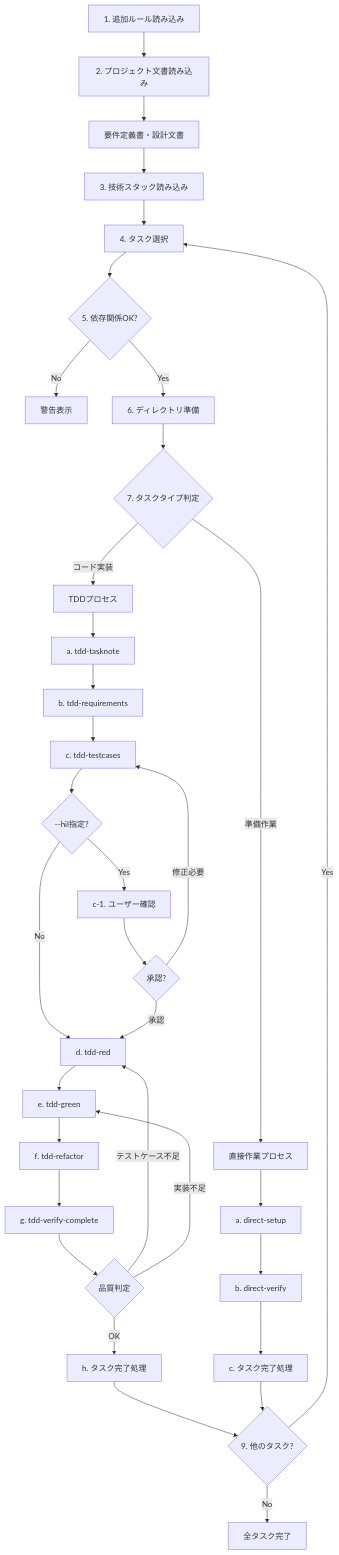
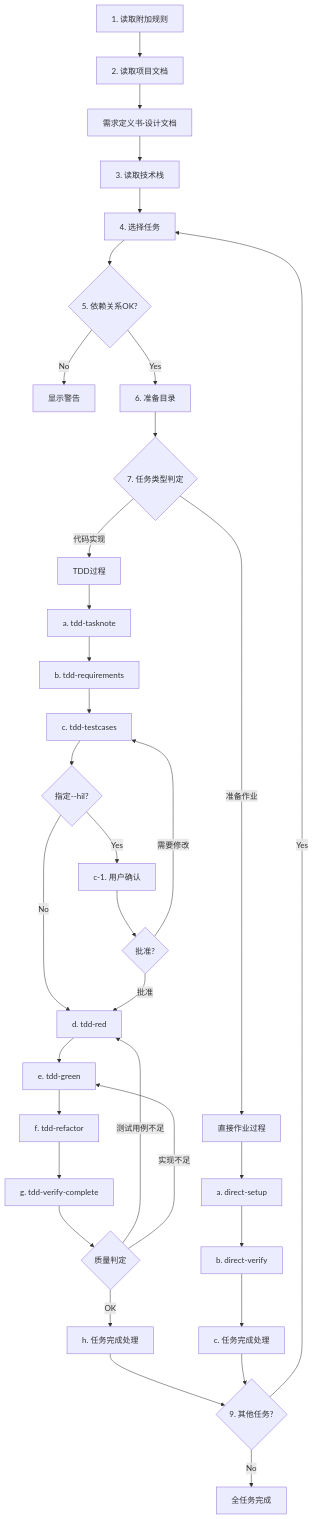
One commit to tetrisKun/tsumiki-cn changed the diagram in commands/kairo-implement.md. Above: the diagram before and after it, drawn with Mermaid. The commit also changed other lines of this file and 4 other files, not shown here.

````diff
--- a/commands/kairo-implement.md
+++ b/commands/kairo-implement.md
@@ -207,41 +207,41 @@
 ```mermaid
 flowchart TD
-    A[1. 追加ルール読み込み] --> A1[2. プロジェクト文書読み込み]
-    A1 --> A2[要件定義書・設計文書]
-    A2 --> B[3. 技術スタック読み込み]
-    B --> C[4. タスク選択]
-    C --> D{5. 依存関係OK?}
-    D -->|No| E[警告表示]
-    D -->|Yes| F[6. ディレクトリ準備]
-    F --> G{7. タスクタイプ判定}
+    A[1. 读取附加规则] --> A1[2. 读取项目文档]
+    A1 --> A2[需求定义书·设计文档]
+    A2 --> B[3. 读取技术栈]
+    B --> C[4. 选择任务]
+    C --> D{5. 依赖关系OK?}
+    D -->|No| E[显示警告]
+    D -->|Yes| F[6. 准备目录]
+    F --> G{7. 任务类型判定}
 
-    G -->|コード実装| H[TDDプロセス]
-    G -->|準備作業| M[直接作業プロセス]
+    G -->|代码实现| H[TDD过程]
+    G -->|准备作业| M[直接作业过程]
 
     H --> H0[a. tdd-tasknote]
     H0 --> H1[b. tdd-requirements]
     H1 --> H2[c. tdd-testcases]
-    H2 --> H2_1{--hil指定?}
-    H2_1 -->|Yes| H2_2[c-1. ユーザー確認]
+    H2 --> H2_1{指定--hil?}
+    H2_1 -->|Yes| H2_2[c-1. 用户确认]
     H2_1 -->|No| H3[d. tdd-red]
-    H2_2 --> H2_3{承認?}
-    H2_3 -->|修正必要| H2[c. tdd-testcases]
-    H2_3 -->|承認| H3
+    H2_2 --> H2_3{批准?}
+    H2_3 -->|需要修改| H2[c. tdd-testcases]
+    H2_3 -->|批准| H3
     H3 --> H4[e. tdd-green]
     H4 --> H5[f. tdd-refactor]
     H5 --> H6[g. tdd-verify-complete]
 
-    H6 --> H7{品質判定}
-    H7 -->|テストケース不足| H3
-    H7 -->|実装不足| H4
-    H7 -->|OK| H8[h. タスク完了処理]
+    H6 --> H7{质量判定}
+    H7 -->|测试用例不足| H3
+    H7 -->|实现不足| H4
+    H7 -->|OK| H8[h. 任务完成处理]
 
     M --> M1[a. direct-setup]
     M1 --> M2[b. direct-verify]
-    M2 --> M3[c. タスク完了処理]
+    M2 --> M3[c. 任务完成处理]
 
-    H8 --> I{9. 他のタスク?}
+    H8 --> I{9. 其他任务?}
     M3 --> I
     I -->|Yes| C
-    I -->|No| J[全タスク完了]
+    I -->|No| J[全任务完成]
 ```
````
